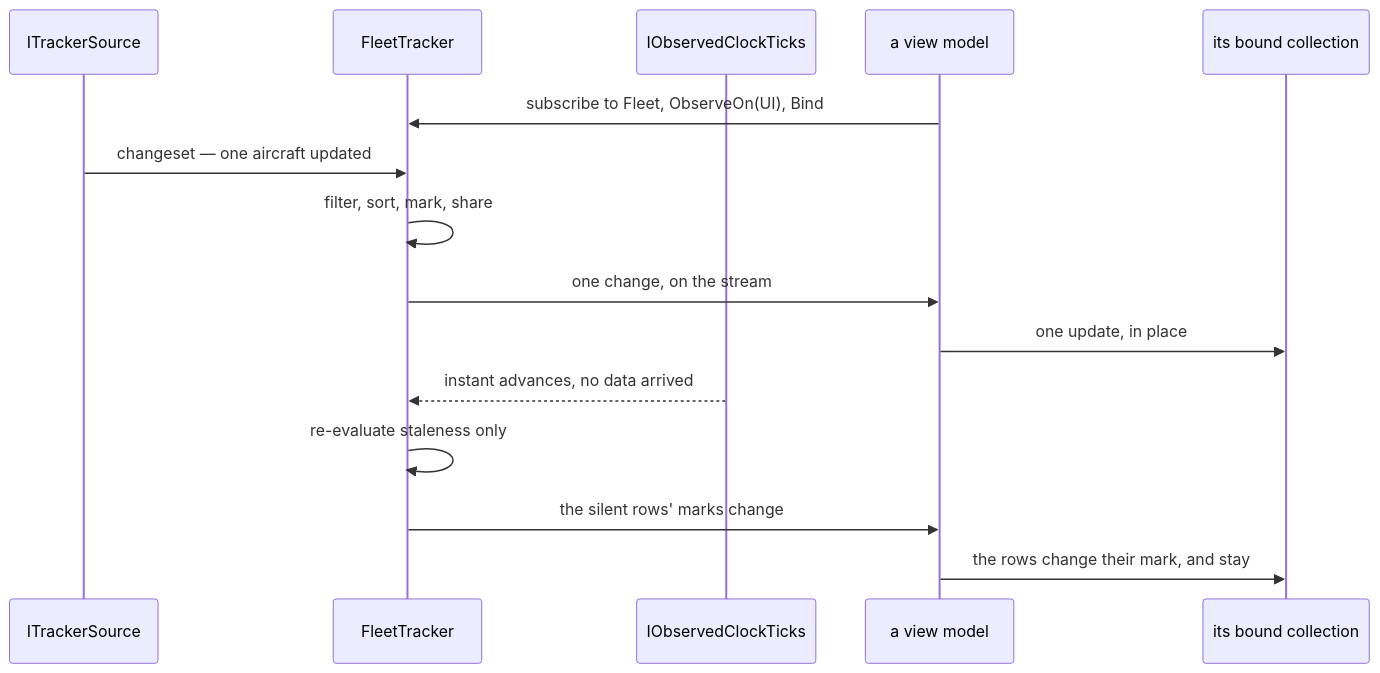
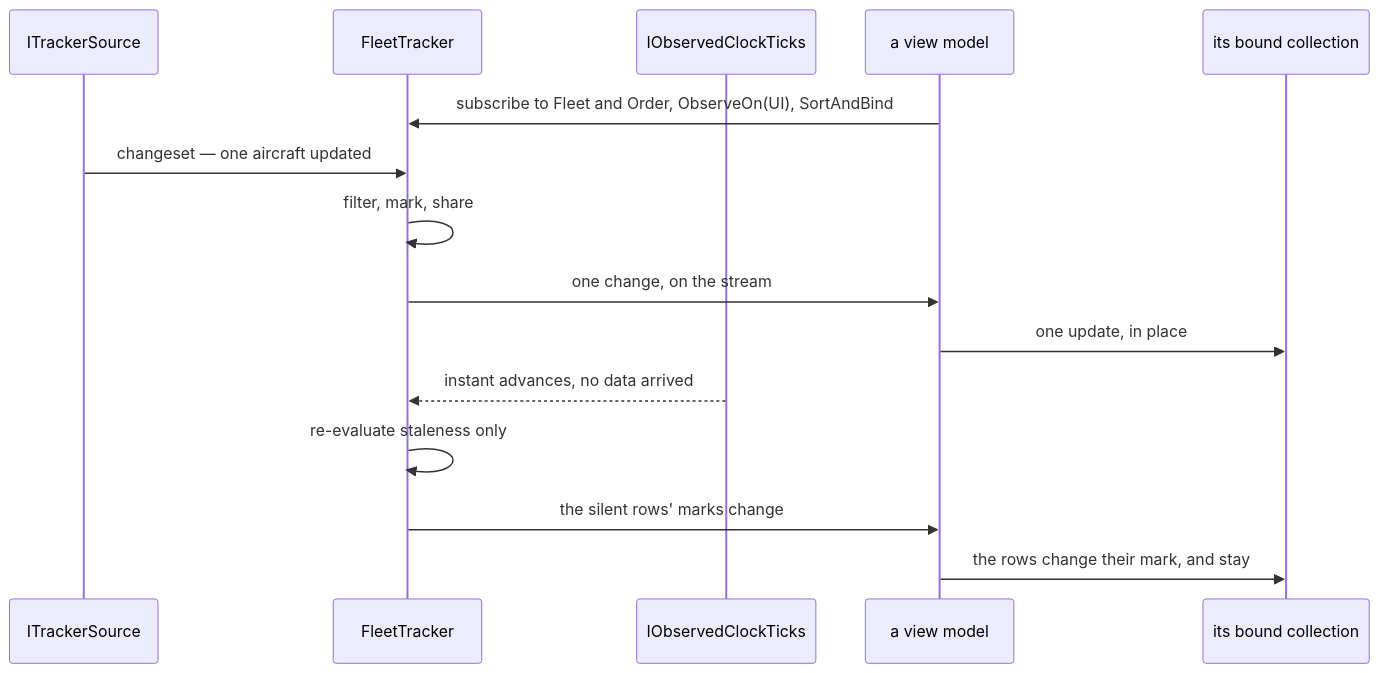
Before and after one commit to RLittlesII/Transporter: the second of 2 diagrams in features/fleet-pipeline/.spec/README.md, drawn with Mermaid. The commit also changed other lines of this file and 22 other files, not shown here.

````diff
--- a/features/fleet-pipeline/.spec/README.md
+++ b/features/fleet-pipeline/.spec/README.md
@@ -342,17 +364,17 @@
 ```mermaid
 sequenceDiagram
     participant Source as ITrackerSource
     participant Tracker as FleetTracker
     participant Ticks as IObservedClockTicks
     participant Consumer as a view model
     participant View as its bound collection
-    Consumer->>Tracker: subscribe to Fleet, ObserveOn(UI), Bind
+    Consumer->>Tracker: subscribe to Fleet and Order, ObserveOn(UI), SortAndBind
     Source->>Tracker: changeset — one aircraft updated
-    Tracker->>Tracker: filter, sort, mark, share
+    Tracker->>Tracker: filter, mark, share
     Tracker->>Consumer: one change, on the stream
     Consumer->>View: one update, in place
     Ticks-->>Tracker: instant advances, no data arrived
     Tracker->>Tracker: re-evaluate staleness only
     Tracker->>Consumer: the silent rows' marks change
     Consumer->>View: the rows change their mark, and stay
 ```
````
